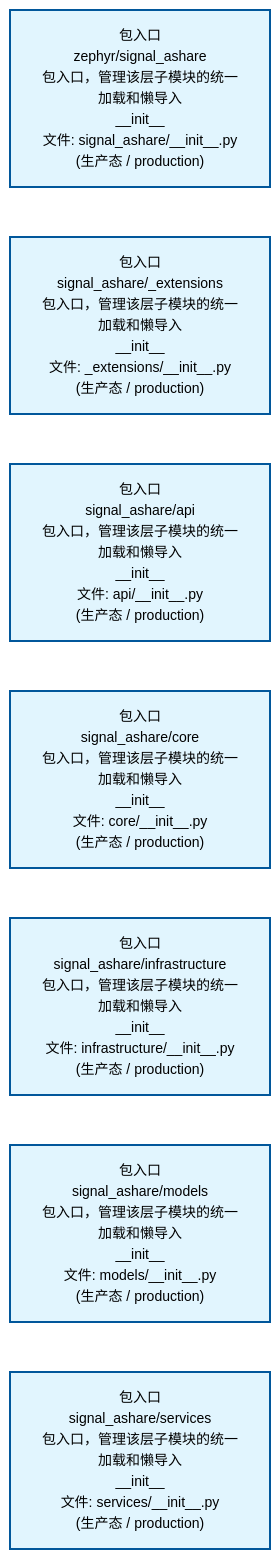
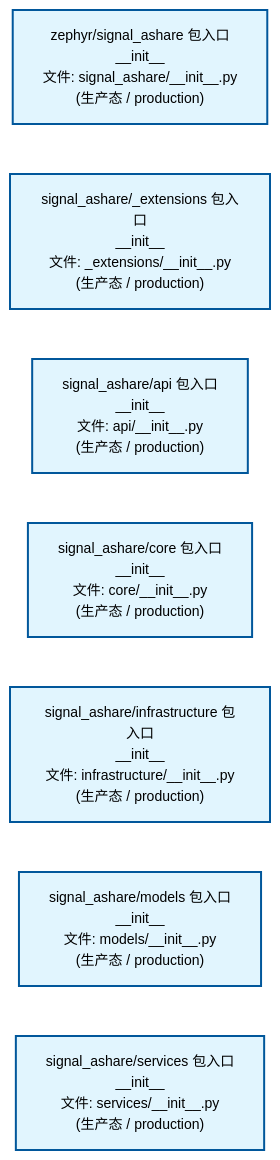
One commit to xuanFelixVan/ZephyrAlpha changed the second of 4 diagrams in docs/02_enterprise_architecture/02_domain_architecture_docs/32_d_ashare_signal.md. Above: the diagram before and after it, drawn with Mermaid. The commit also changed other lines of this file and 61 other files, not shown here.

````diff
--- a/docs/02_enterprise_architecture/02_domain_architecture_docs/32_d_ashare_signal.md
+++ b/docs/02_enterprise_architecture/02_domain_architecture_docs/32_d_ashare_signal.md
@@ -107,22 +107,22 @@
 ```mermaid
 %%{init: {'theme': 'base', 'themeVariables': {'primaryColor': '#eaeaea', 'primaryTextColor': '#333333', 'primaryBorderColor': '#666666', 'lineColor': '#666666', 'secondaryColor': '#eaeaea', 'tertiaryColor': '#eaeaea', 'fontSize': '14px'}}}%%
 flowchart TD
-    src_zephyr_signal_ashare_init_py["包入口<br/>zephyr/signal_ashare<br/>包入口，管理该层子模块的统一加载和懒导入<br/>__init__<br/>文件: signal_ashare/__init__.py<br/>(生产态 / production)"]
-    src_zephyr_signal_ashare_extensions_init_py["包入口<br/>signal_ashare/_extensions<br/>包入口，管理该层子模块的统一加载和懒导入<br/>__init__<br/>文件: _extensions/__init__.py<br/>(生产态 / production)"]
-    src_zephyr_signal_ashare_api_init_py["包入口<br/>signal_ashare/api<br/>包入口，管理该层子模块的统一加载和懒导入<br/>__init__<br/>文件: api/__init__.py<br/>(生产态 / production)"]
-    src_zephyr_signal_ashare_core_init_py["包入口<br/>signal_ashare/core<br/>包入口，管理该层子模块的统一加载和懒导入<br/>__init__<br/>文件: core/__init__.py<br/>(生产态 / production)"]
-    src_zephyr_signal_ashare_infrastructure_init_py["包入口<br/>signal_ashare/infrastructure<br/>包入口，管理该层子模块的统一加载和懒导入<br/>__init__<br/>文件: infrastructure/__init__.py<br/>(生产态 / production)"]
-    src_zephyr_signal_ashare_models_init_py["包入口<br/>signal_ashare/models<br/>包入口，管理该层子模块的统一加载和懒导入<br/>__init__<br/>文件: models/__init__.py<br/>(生产态 / production)"]
-    src_zephyr_signal_ashare_services_init_py["包入口<br/>signal_ashare/services<br/>包入口，管理该层子模块的统一加载和懒导入<br/>__init__<br/>文件: services/__init__.py<br/>(生产态 / production)"]
+    src_zephyr_signal_ashare_init_py["zephyr/signal_ashare 包入口<br/>__init__<br/>文件: signal_ashare/__init__.py<br/>(生产态 / production)"]
+    src_zephyr_signal_ashare_extensions_init_py["signal_ashare/_extensions 包入口<br/>__init__<br/>文件: _extensions/__init__.py<br/>(生产态 / production)"]
+    src_zephyr_signal_ashare_api_init_py["signal_ashare/api 包入口<br/>__init__<br/>文件: api/__init__.py<br/>(生产态 / production)"]
+    src_zephyr_signal_ashare_core_init_py["signal_ashare/core 包入口<br/>__init__<br/>文件: core/__init__.py<br/>(生产态 / production)"]
+    src_zephyr_signal_ashare_infrastructure_init_py["signal_ashare/infrastructure 包入口<br/>__init__<br/>文件: infrastructure/__init__.py<br/>(生产态 / production)"]
+    src_zephyr_signal_ashare_models_init_py["signal_ashare/models 包入口<br/>__init__<br/>文件: models/__init__.py<br/>(生产态 / production)"]
+    src_zephyr_signal_ashare_services_init_py["signal_ashare/services 包入口<br/>__init__<br/>文件: services/__init__.py<br/>(生产态 / production)"]
     src_zephyr_signal_ashare_init_py ~~~ src_zephyr_signal_ashare_extensions_init_py
     src_zephyr_signal_ashare_extensions_init_py ~~~ src_zephyr_signal_ashare_api_init_py
     src_zephyr_signal_ashare_api_init_py ~~~ src_zephyr_signal_ashare_core_init_py
     src_zephyr_signal_ashare_core_init_py ~~~ src_zephyr_signal_ashare_infrastructure_init_py
     src_zephyr_signal_ashare_infrastructure_init_py ~~~ src_zephyr_signal_ashare_models_init_py
     src_zephyr_signal_ashare_models_init_py ~~~ src_zephyr_signal_ashare_services_init_py
     classDef production fill:#e1f5fe,stroke:#01579b,stroke-width:2px,color:#000
     classDef design fill:#fff3e0,stroke:#e65100,stroke-width:2px,color:#000,stroke-dasharray: 5 5
     classDef external_prod fill:#e8f4fd,stroke:#0277bd,stroke-width:1px,color:#000
     classDef external_design fill:#fff8e7,stroke:#ef6c00,stroke-width:1px,color:#000,stroke-dasharray: 5 5
     class src_zephyr_signal_ashare_init_py,src_zephyr_signal_ashare_extensions_init_py,src_zephyr_signal_ashare_api_init_py,src_zephyr_signal_ashare_core_init_py,src_zephyr_signal_ashare_infrastructure_init_py,src_zephyr_signal_ashare_models_init_py,src_zephyr_signal_ashare_services_init_py production
 ```
````
